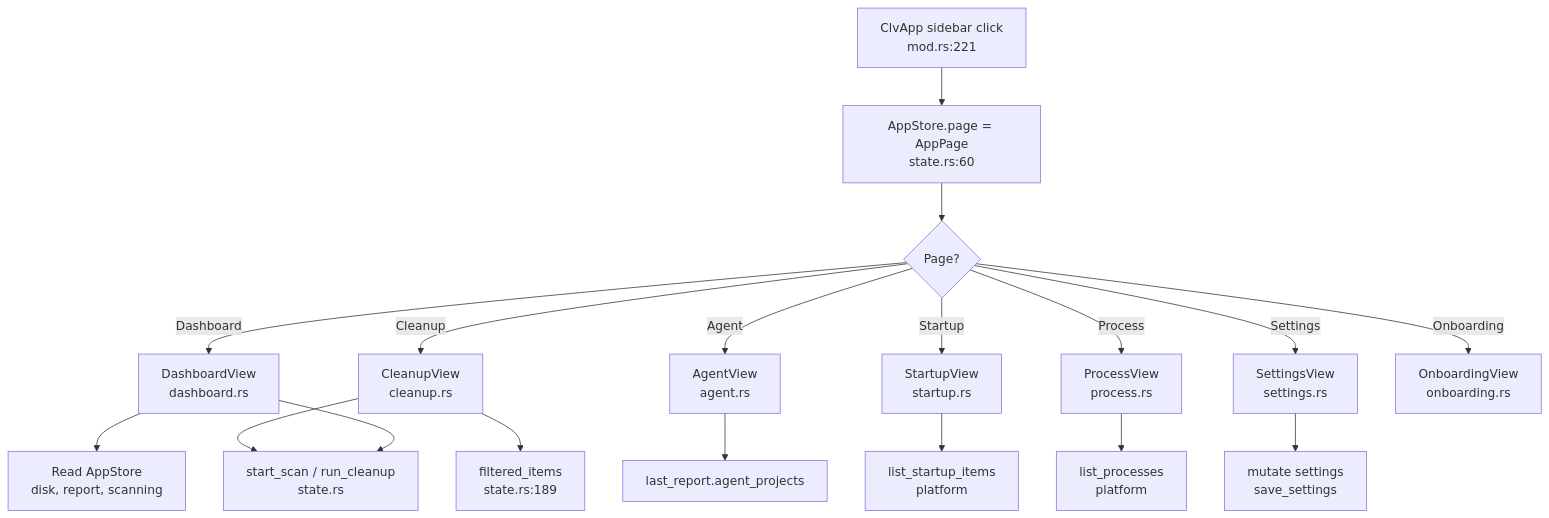
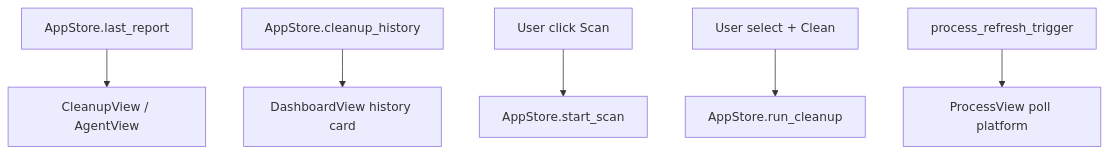
Before and after one commit to sopaco/CLV3000-Plus: the diagram in .terrain/human/4.Deep-Exploration/views.md, drawn with Mermaid. The commit also changed other lines of this file and 55 other files, not shown here.

````diff
--- a/.terrain/human/4.Deep-Exploration/views.md
+++ b/.terrain/human/4.Deep-Exploration/views.md
@@ -55,20 +44,8 @@
 ```mermaid
 flowchart TD
-    A["ClvApp sidebar click<br/>mod.rs:221"] --> B["AppStore.page = AppPage<br/>state.rs:60"]
-    B --> C{"Page?"}
-    C -->|Dashboard| D["DashboardView<br/>dashboard.rs"]
-    C -->|Cleanup| E["CleanupView<br/>cleanup.rs"]
-    C -->|Agent| F["AgentView<br/>agent.rs"]
-    C -->|Startup| G["StartupView<br/>startup.rs"]
-    C -->|Process| H["ProcessView<br/>process.rs"]
-    C -->|Settings| I["SettingsView<br/>settings.rs"]
-    C -->|Onboarding| J["OnboardingView<br/>onboarding.rs"]
-    D --> K["Read AppStore<br/>disk, report, scanning"]
-    E --> L["filtered_items<br/>state.rs:189"]
-    F --> M["last_report.agent_projects"]
-    G --> N["list_startup_items<br/>platform"]
-    H --> O["list_processes<br/>platform"]
-    I --> P["mutate settings<br/>save_settings"]
-    E --> Q["start_scan / run_cleanup<br/>state.rs"]
-    D --> Q
+    A["AppStore.last_report"] --> B["CleanupView / AgentView"]
+    C["AppStore.cleanup_history"] --> D["DashboardView history card"]
+    E["User click Scan"] --> F["AppStore.start_scan"]
+    G["User select + Clean"] --> H["AppStore.run_cleanup"]
+    I["process_refresh_trigger"] --> J["ProcessView poll platform"]
 ```
````
